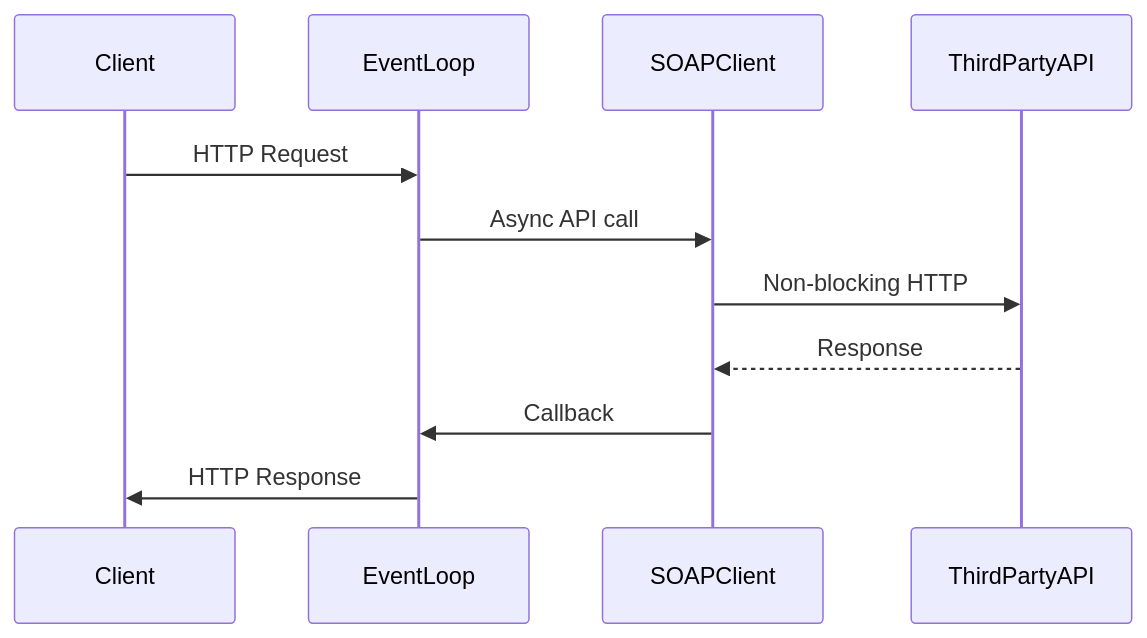
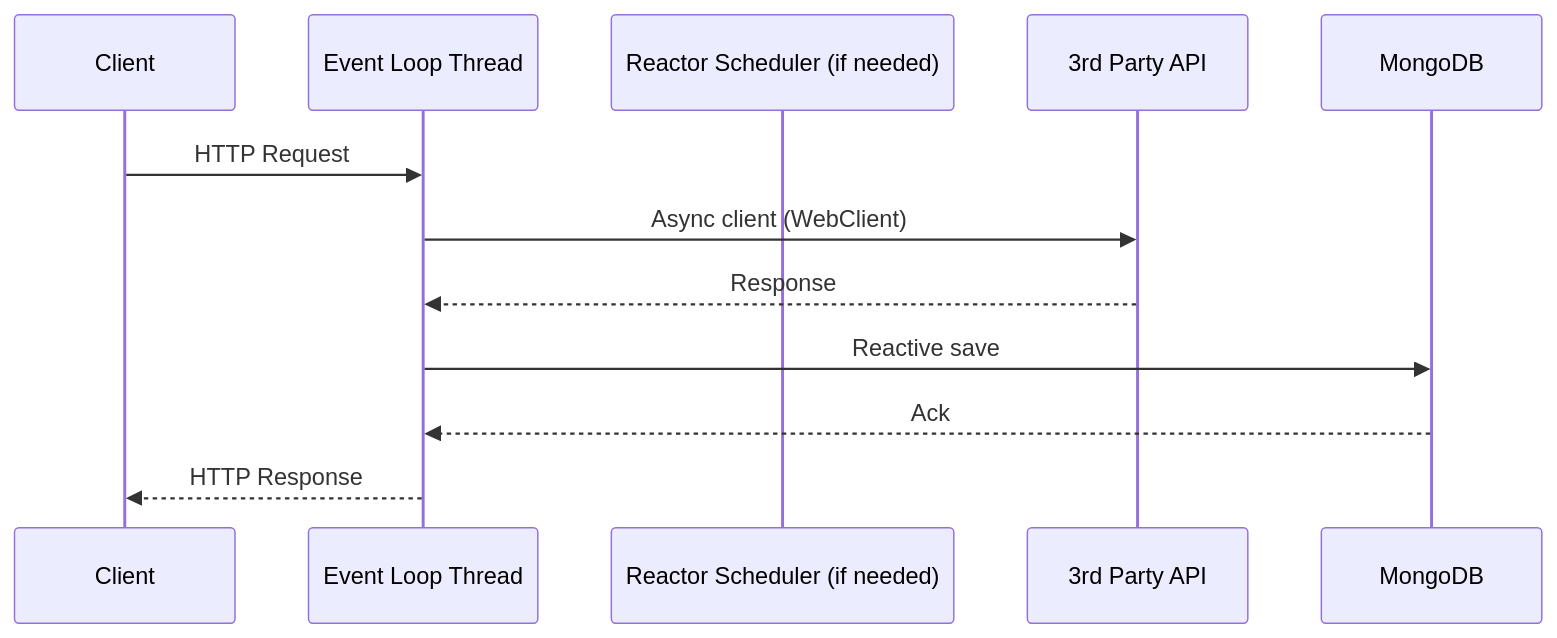
One commit to sonuprajapati15/Web-frameworks changed the fourth of 7 diagrams in README.md. Above: the diagram before and after it, drawn with Mermaid. The commit also changed other lines of this file, not shown here.

````diff
--- a/README.md
+++ b/README.md
@@ -257,14 +323,15 @@
 ```mermaid
 sequenceDiagram
     participant Client
-    participant EventLoop
-    participant SOAPClient
-    participant ThirdPartyAPI
+    participant Event Loop Thread
+    participant Reactor Scheduler (if needed)
+    participant 3rd Party API
+    participant MongoDB
 
-    Client->>EventLoop: HTTP Request
-    EventLoop->>SOAPClient: Async API call
-    SOAPClient->>ThirdPartyAPI: Non-blocking HTTP
-    ThirdPartyAPI-->>SOAPClient: Response
-    SOAPClient->>EventLoop: Callback
-    EventLoop->>Client: HTTP Response
+    Client->>Event Loop Thread: HTTP Request
+    Event Loop Thread->>3rd Party API: Async client (WebClient)
+    3rd Party API-->>Event Loop Thread: Response
+    Event Loop Thread->>MongoDB: Reactive save
+    MongoDB-->>Event Loop Thread: Ack
+    Event Loop Thread-->>Client: HTTP Response
 ```
````
